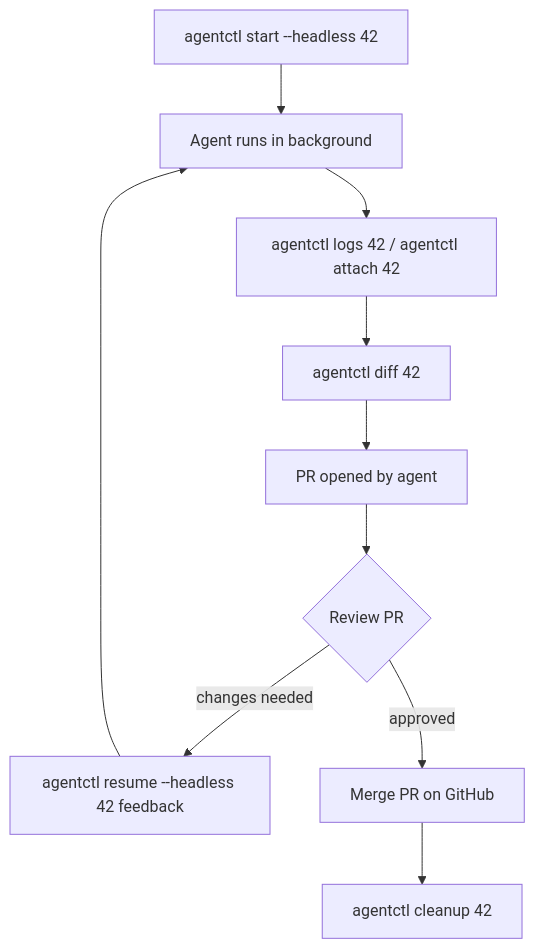
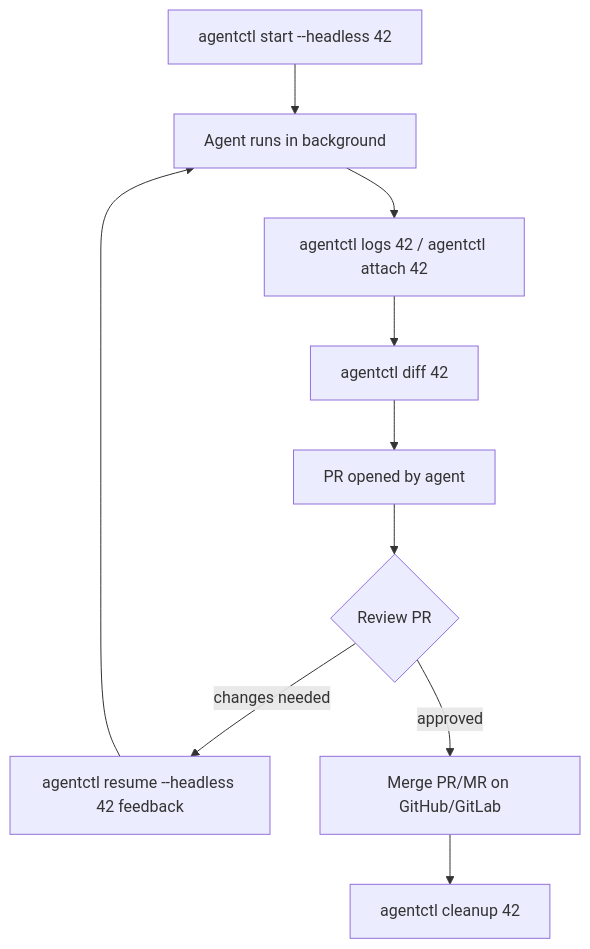
Before and after one commit to arun-gupta/agentctl: the second of 4 diagrams in docs/cli.md, drawn with Mermaid. The commit also changed other lines of this file and 1 other file, not shown here.

First line of the commit message:
docs: update README and cli.md to reflect GitLab support

````diff
--- a/docs/cli.md
+++ b/docs/cli.md
@@ -75,12 +76,12 @@
 ```mermaid
 flowchart TD
     A[agentctl start --headless 42] --> B[Agent runs in background]
     B --> C[agentctl logs 42 / agentctl attach 42]
     C --> D[agentctl diff 42]
     D --> E[PR opened by agent]
     E --> F{Review PR}
     F -- changes needed --> G[agentctl resume --headless 42 feedback]
     G --> B
-    F -- approved --> H[Merge PR on GitHub]
+    F -- approved --> H[Merge PR/MR on GitHub/GitLab]
     H --> I[agentctl cleanup 42]
 ```
````
